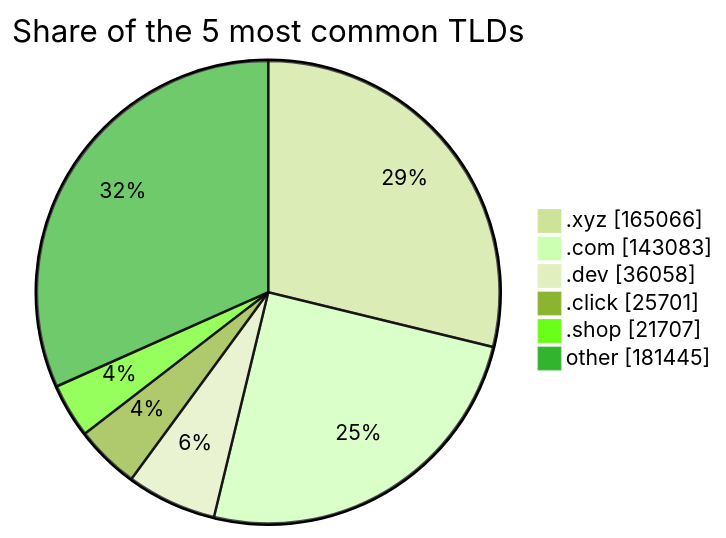
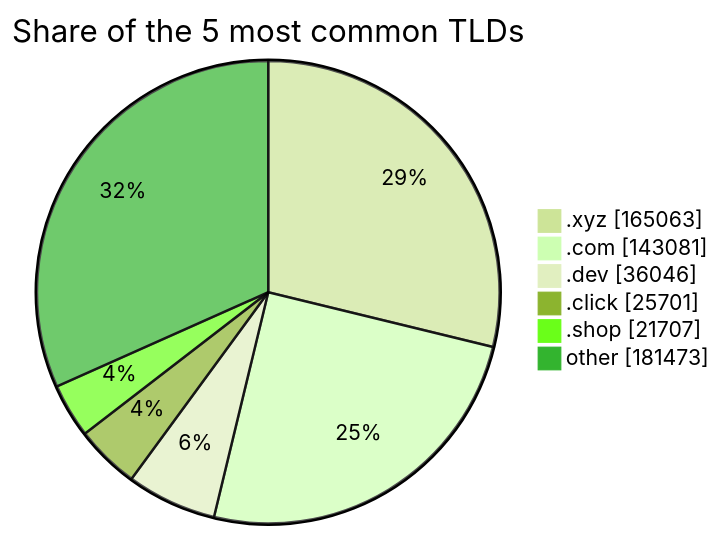
Before and after one commit to DNSBunker/CTI: the third of 3 diagrams in README.md, drawn with Mermaid (forest theme). The commit also changed other lines of this file and 3 other files, not shown here.

````diff
--- a/README.md
+++ b/README.md
@@ -81,9 +81,9 @@
 ```mermaid
 pie showData title Share of the 5 most common TLDs
-    ".xyz" : 165066
-    ".com" : 143083
-    ".dev" : 36058
+    ".xyz" : 165063
+    ".com" : 143081
+    ".dev" : 36046
     ".click" : 25701
     ".shop" : 21707
-    "other" : 181445
+    "other" : 181473
 ```
````
